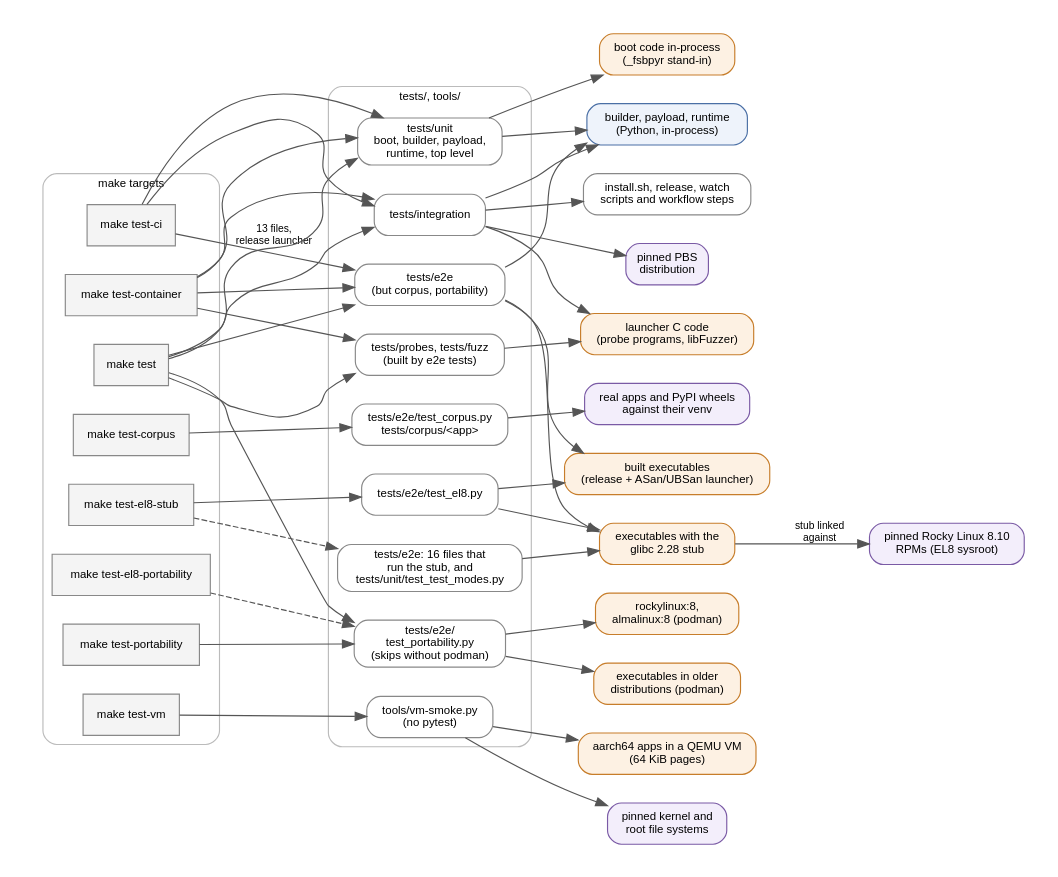
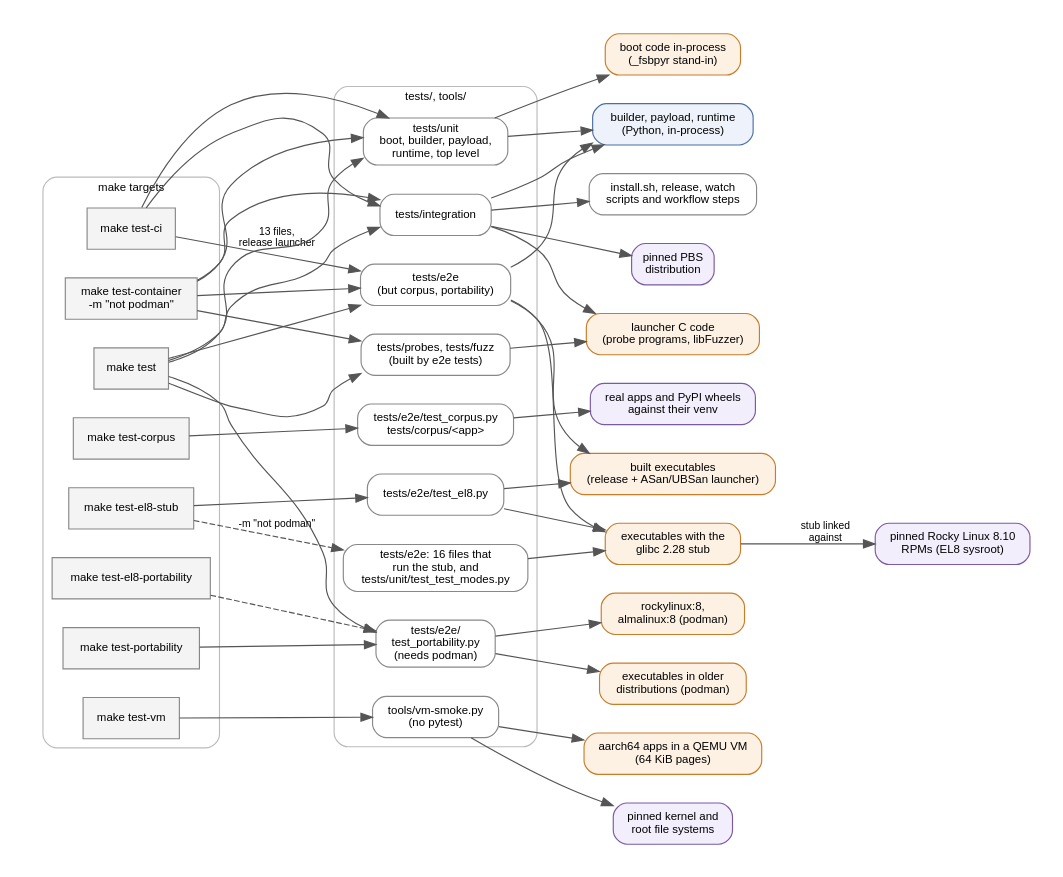
Before and after one commit to devitops-com/fsbpyr: the diagram in wiki/diagrams/testing-layers.dot, drawn with Graphviz. The commit also changed 26 other files, not shown here.

```diff
--- a/wiki/diagrams/testing-layers.dot
+++ b/wiki/diagrams/testing-layers.dot
@@ -1,91 +1,91 @@
-// The test layers of fsbpyr v0.27.0: which make target runs each (left), the test
+// The test layers of fsbpyr v0.28.0: which make target runs each (left), the test
 // directories and tools/vm-smoke.py (middle), and what each exercises (right). Colours on the
 // right follow the wiki's legend: build time (blue), run time inside a built executable
 // (orange), external inputs (purple). Make targets and test directories are neutral (grey,
 // white). make test-el8 is make test-el8-stub and make test-el8-portability; the dashed edges
 // run in the EL8 test mode (FSBPYR_TEST_GLIBC=2.28).
 digraph testing_layers {
   graph [fontname="Helvetica" fontsize=11 rankdir=LR bgcolor="white" pad=0.3 nodesep=0.35 ranksep=0.5];
   node [fontname="Helvetica" fontsize=10 shape=box style="rounded,filled" fillcolor="#eef3fb" color="#4a6fa5"];
   edge [fontname="Helvetica" fontsize=9 color="#555555"];
 
   subgraph cluster_make {
     label="make targets"; color="#bbbbbb"; style="rounded"; fontsize=10;
     node [style="filled" fillcolor="#f4f4f4" color="#888888"];
     test_ci [label="make test-ci"];
     test [label="make test"];
-    test_container [label="make test-container"];
+    test_container [label="make test-container\n-m \"not podman\""];
     test_corpus [label="make test-corpus"];
     test_portability [label="make test-portability"];
     test_el8_stub [label="make test-el8-stub"];
     test_el8_portability [label="make test-el8-portability"];
     test_vm [label="make test-vm"];
   }
 
   subgraph cluster_tests {
     label="tests/, tools/"; color="#bbbbbb"; style="rounded"; fontsize=10;
     node [fillcolor="#ffffff" color="#888888"];
     unit [label="tests/unit\nboot, builder, payload,\nruntime, top level"];
     integration [label="tests/integration"];
     e2e [label="tests/e2e\n(but corpus, portability)"];
     el8_files [label="tests/e2e: 16 files that\nrun the stub, and\ntests/unit/test_test_modes.py"];
     el8_test [label="tests/e2e/test_el8.py"];
     probes [label="tests/probes, tests/fuzz\n(built by e2e tests)"];
-    portability [label="tests/e2e/\ntest_portability.py\n(skips without podman)"];
+    portability [label="tests/e2e/\ntest_portability.py\n(needs podman)"];
     corpus [label="tests/e2e/test_corpus.py\ntests/corpus/<app>"];
     vmsmoke [label="tools/vm-smoke.py\n(no pytest)"];
   }
 
   python [label="builder, payload, runtime\n(Python, in-process)"];
   boot [label="boot code in-process\n(_fsbpyr stand-in)" fillcolor="#fdf1e3" color="#c77d2a"];
   scripts [label="install.sh, release, watch\nscripts and workflow steps" fillcolor="#ffffff" color="#888888"];
   pbs [label="pinned PBS\ndistribution" fillcolor="#f3eefb" color="#7a5aa5"];
   launcher [label="launcher C code\n(probe programs, libFuzzer)" fillcolor="#fdf1e3" color="#c77d2a"];
   executables [label="built executables\n(release + ASan/UBSan launcher)" fillcolor="#fdf1e3" color="#c77d2a"];
   el8_executables [label="executables with the\nglibc 2.28 stub" fillcolor="#fdf1e3" color="#c77d2a"];
   el8_sysroot [label="pinned Rocky Linux 8.10\nRPMs (EL8 sysroot)" fillcolor="#f3eefb" color="#7a5aa5"];
   distributions [label="executables in older\ndistributions (podman)" fillcolor="#fdf1e3" color="#c77d2a"];
   el8_images [label="rockylinux:8,\nalmalinux:8 (podman)" fillcolor="#fdf1e3" color="#c77d2a"];
   apps [label="real apps and PyPI wheels\nagainst their venv" fillcolor="#f3eefb" color="#7a5aa5"];
   vm [label="aarch64 apps in a QEMU VM\n(64 KiB pages)" fillcolor="#fdf1e3" color="#c77d2a"];
   kernels [label="pinned kernel and\nroot file systems" fillcolor="#f3eefb" color="#7a5aa5"];
 
   test_ci -> unit;
   test_ci -> integration;
   test_ci -> e2e [label="13 files,\nrelease launcher"];
   test -> unit;
   test -> integration;
   test -> e2e;
   test -> probes;
   test -> portability;
   test_container -> unit;
   test_container -> integration;
   test_container -> e2e;
   test_container -> probes;
   test_corpus -> corpus;
   test_portability -> portability;
-  test_el8_stub -> el8_files [style=dashed];
+  test_el8_stub -> el8_files [style=dashed label="-m \"not podman\""];
   test_el8_stub -> el8_test;
   test_el8_portability -> portability [style=dashed];
   test_vm -> vmsmoke;
 
   unit -> python;
   unit -> boot;
   integration -> python;
   integration -> pbs;
   integration -> scripts;
   integration -> launcher;
   e2e -> python;
   e2e -> executables;
   e2e -> el8_executables;
   el8_files -> el8_executables;
   el8_test -> executables;
   el8_test -> el8_executables;
   el8_executables -> el8_sysroot [label="stub linked\nagainst"];
   probes -> launcher;
   portability -> distributions;
   portability -> el8_images;
   corpus -> apps;
   vmsmoke -> vm;
   vmsmoke -> kernels;
 }
```
